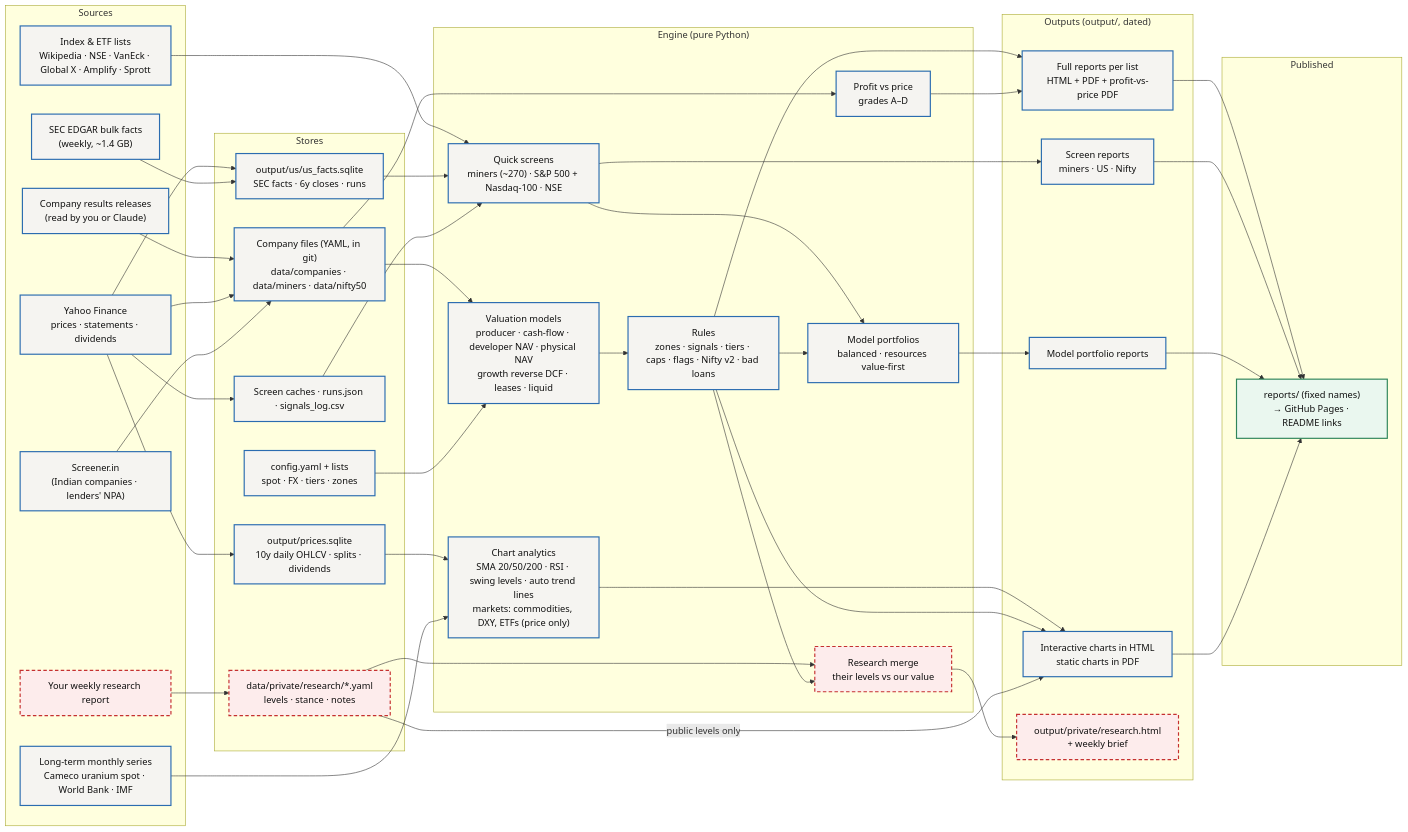
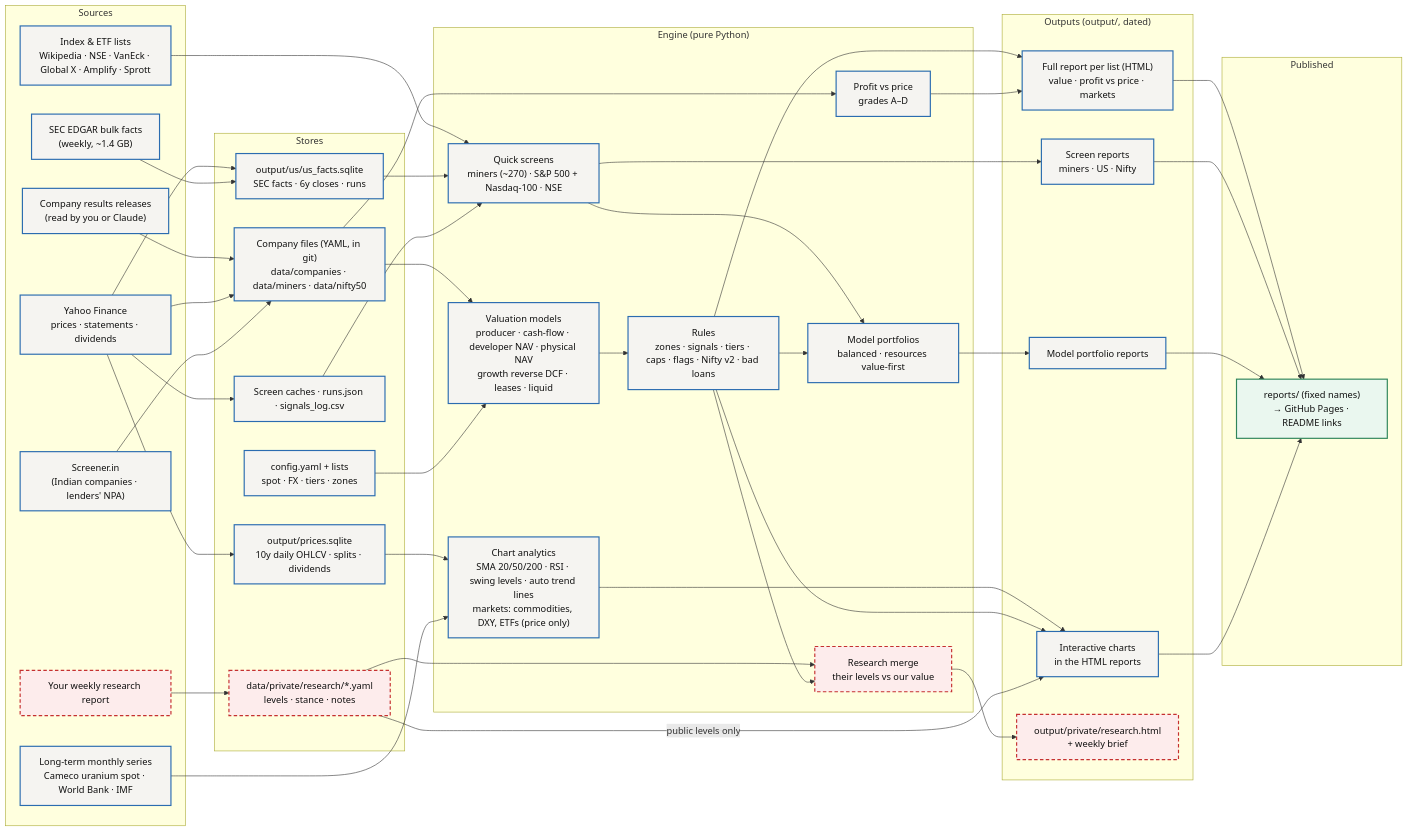
Before and after one commit to vijayvadapalli/value-screener: the first of 5 diagrams in docs/ARCHITECTURE.md, drawn with Mermaid. The commit also changed other lines of this file and 36 other files, not shown here.

Commit message:
Removed PDF just HTML output

````diff
--- a/docs/ARCHITECTURE.md
+++ b/docs/ARCHITECTURE.md
@@ -20,64 +20,64 @@
 ```mermaid
 flowchart LR
   classDef done fill:#F5F4F1,stroke:#2B6CB0,stroke-width:2px,color:#111
   classDef next fill:#FFFFFF,stroke:#2B6CB0,stroke-width:2px,stroke-dasharray:6 4,color:#111
   classDef priv fill:#FDECEC,stroke:#C53030,stroke-width:2px,stroke-dasharray:6 4,color:#111
   classDef pub fill:#EAF7EF,stroke:#2F855A,stroke-width:2px,color:#111
 
   subgraph SRC["Sources"]
     REL["Company results releases<br/>(read by you or Claude)"]:::done
     YF["Yahoo Finance<br/>prices · statements · dividends"]:::done
     SEC["SEC EDGAR bulk facts<br/>(weekly, ~1.4 GB)"]:::done
     SIN["Screener.in<br/>(Indian companies · lenders' NPA)"]:::done
     IDX["Index & ETF lists<br/>Wikipedia · NSE · VanEck · Global X · Amplify · Sprott"]:::done
     LT["Long-term monthly series<br/>Cameco uranium spot · World Bank · IMF"]:::done
     WR["Your weekly research report"]:::priv
   end
 
   subgraph STORE["Stores"]
     CF["Company files (YAML, in git)<br/>data/companies · data/miners · data/nifty50"]:::done
     CFG["config.yaml + lists<br/>spot · FX · tiers · zones"]:::done
     FDB["output/us/us_facts.sqlite<br/>SEC facts · 6y closes · runs"]:::done
     CACHE["Screen caches · runs.json · signals_log.csv"]:::done
     PDB["output/prices.sqlite<br/>10y daily OHLCV · splits · dividends"]:::done
     RES["data/private/research/*.yaml<br/>levels · stance · notes"]:::priv
   end
 
   subgraph ENG["Engine (pure Python)"]
     MOD["Valuation models<br/>producer · cash-flow · developer NAV · physical NAV<br/>growth reverse DCF · leases · liquid"]:::done
     RUL["Rules<br/>zones · signals · tiers · caps · flags · Nifty v2 · bad loans"]:::done
     PVP["Profit vs price<br/>grades A–D"]:::done
     QS["Quick screens<br/>miners (~270) · S&P 500 + Nasdaq-100 · NSE"]:::done
     MP["Model portfolios<br/>balanced · resources value-first"]:::done
     TA["Chart analytics<br/>SMA 20/50/200 · RSI · swing levels · auto trend lines<br/>markets: commodities, DXY, ETFs (price only)"]:::done
     MRG["Research merge<br/>their levels vs our value"]:::priv
   end
 
   subgraph OUT["Outputs (output/, dated)"]
-    FULL["Full reports per list<br/>HTML + PDF + profit-vs-price PDF"]:::done
+    FULL["Full report per list (HTML)<br/>value · profit vs price · markets"]:::done
     SCR["Screen reports<br/>miners · US · Nifty"]:::done
     MPR["Model portfolio reports"]:::done
-    CH["Interactive charts in HTML<br/>static charts in PDF"]:::done
+    CH["Interactive charts<br/>in the HTML reports"]:::done
     PRIV["output/private/research.html<br/>+ weekly brief"]:::priv
   end
 
   subgraph PUB["Published"]
     REP["reports/ (fixed names)<br/>→ GitHub Pages · README links"]:::pub
   end
 
   REL --> CF
   YF --> CF & CACHE & FDB & PDB
   SEC --> FDB
   SIN --> CF
   IDX --> QS
   WR --> RES
   CF & CFG --> MOD --> RUL --> FULL
   CF --> PVP --> FULL
   FDB & CACHE --> QS --> SCR
   QS & RUL --> MP --> MPR
   PDB & LT --> TA --> CH
   RUL --> CH
   RES -- "public levels only" --> CH
   RES & RUL --> MRG --> PRIV
   FULL & SCR & MPR & CH --> REP
 ```
````
